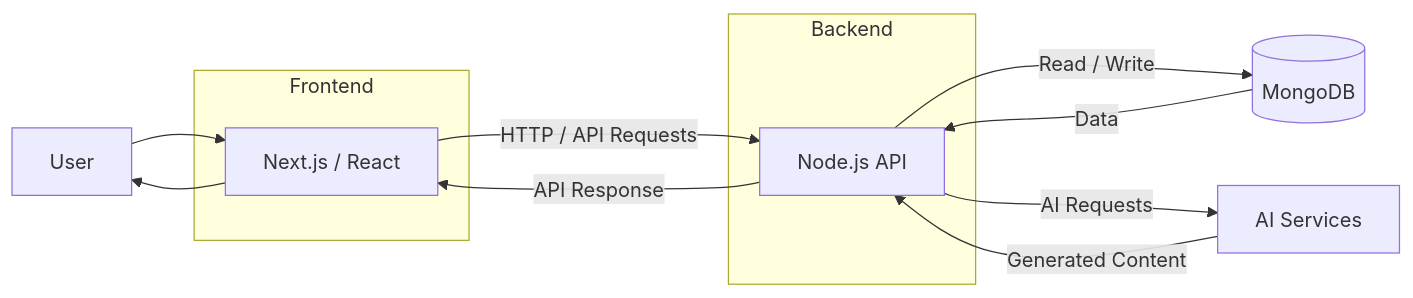
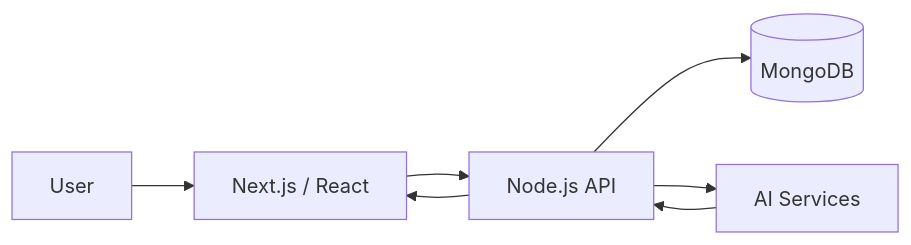
The diagram in README.md (rakeshpedapudi07/ai-study-platform), drawn with Mermaid before and after one commit. The commit also changed other lines of this file, not shown here.

````diff
--- a/README.md
+++ b/README.md
@@ -24,24 +24,9 @@
 ```mermaid
 flowchart LR
-    U[User]
-
-    subgraph Frontend["Frontend"]
-        FE[Next.js / React]
-    end
-
-    subgraph Backend["Backend"]
-        API[Node.js API]
-    end
-
-    DB[(MongoDB)]
-    AI[AI Services]
-
-    U --> FE
-    FE -->|HTTP / API Requests| API
-    API -->|Read / Write| DB
-    API -->|AI Requests| AI
-    DB -->|Data| API
-    AI -->|Generated Content| API
-    API -->|API Response| FE
-    FE --> U
+    U[User] --> C[Next.js / React]
+    C --> A[Node.js API]
+    A --> D[(MongoDB)]
+    A --> AI[AI Services]
+    AI --> A
+    A --> C
 ```
````
